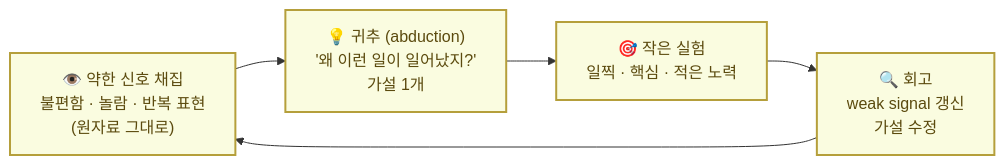
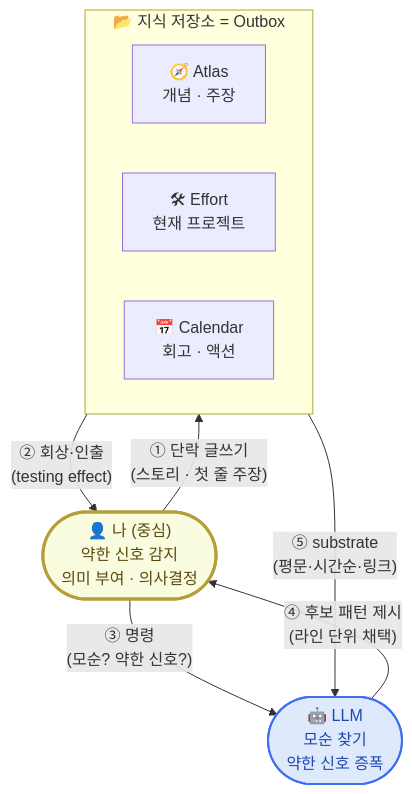
Before and after one commit to effectiveai-io/my-learning-agent: the first of 3 diagrams in content/week2/mechanism.mdx, drawn with Mermaid. The commit also changed other lines of this file and 1 other file, not shown here.

````diff
--- a/content/week2/mechanism.mdx
+++ b/content/week2/mechanism.mdx
@@ -15,12 +13,24 @@
 ```mermaid
-flowchart LR
-    Sense["👁️ 약한 신호 채집<br/>불편함 · 놀람 · 반복 표현<br/>(원자료 그대로)"]
-    Abduce["💡 귀추 (abduction)<br/>'왜 이런 일이 일어났지?'<br/>가설 1개"]
-    Try["🎯 작은 실험<br/>일찍 · 핵심 · 적은 노력"]
-    Reflect["🔍 회고<br/>weak signal 갱신<br/>가설 수정"]
+flowchart TB
+    Me(["👤 나 (중심)<br/>약한 신호 감지<br/>의미 부여 · 의사결정"])
 
-    Sense --> Abduce --> Try --> Reflect --> Sense
+    subgraph Repo["📂 지식 저장소 = Outbox"]
+        direction LR
+        Atlas["🧭 Atlas<br/>개념 · 주장"]
+        Effort["🛠 Effort<br/>현재 프로젝트"]
+        Cal["📅 Calendar<br/>회고 · 액션"]
+    end
 
-    classDef kc fill:#fafce0,stroke:#b59f3b,stroke-width:2px,color:#5b4a0e
-    class Sense,Abduce,Try,Reflect kc
+    LLM(["🤖 LLM<br/>모순 찾기<br/>약한 신호 증폭"])
+
+    Me -- "① 단락 글쓰기<br/>(스토리 · 첫 줄 주장)" --> Repo
+    Repo -- "② 회상·인출<br/>(testing effect)" --> Me
+    Me -- "③ 명령<br/>(모순? 약한 신호?)" --> LLM
+    LLM -- "④ 후보 패턴 제시<br/>(라인 단위 채택)" --> Me
+    Repo -- "⑤ substrate<br/>(평문·시간순·링크)" --> LLM
+
+    classDef center fill:#fafce0,stroke:#b59f3b,stroke-width:3px,color:#5b4a0e
+    classDef llm fill:#dee9fb,stroke:#3d6ff2,stroke-width:2px,color:#1f47b3
+    class Me center
+    class LLM llm
 ```
````
